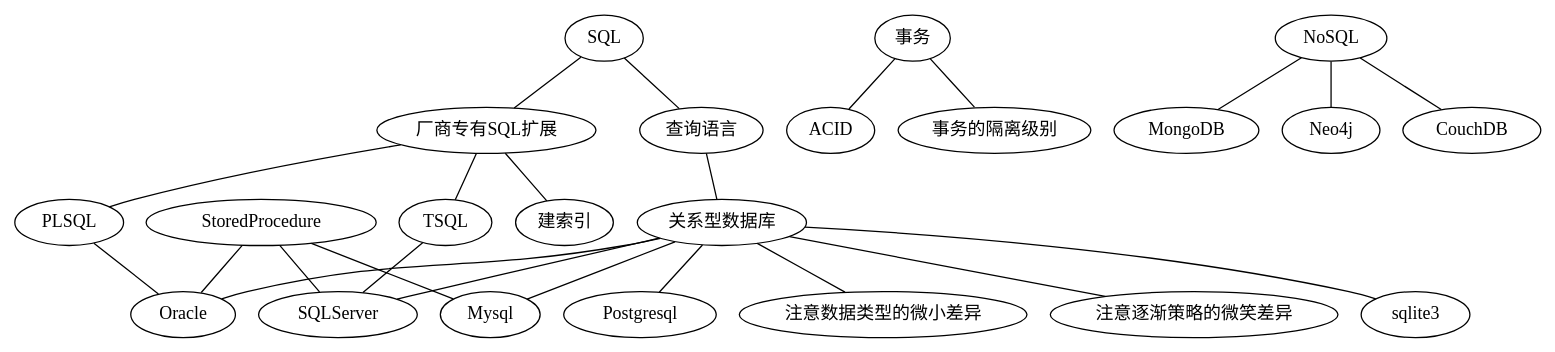
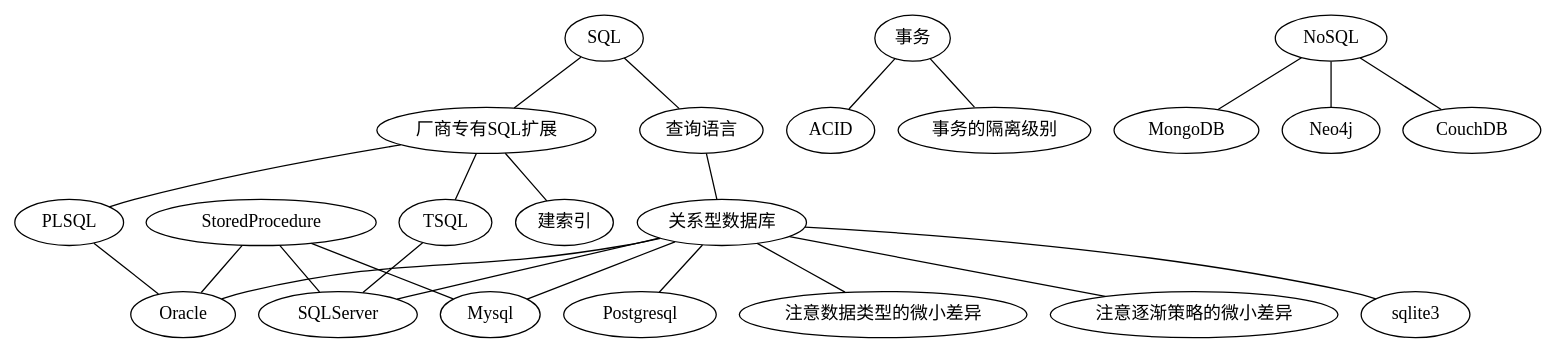
The diagram in database_k_map.dot (jtong/knowledge_map), drawn with Graphviz before and after one commit. The commit also changed 5 other files, not shown here.

```diff
--- a/database_k_map.dot
+++ b/database_k_map.dot
@@ -1,11 +1,11 @@
 graph database_k_map {
   关系型数据库 -- Mysql, Oracle, SQLServer, sqlite3, Postgresql;
   SQL -- 查询语言 -- 关系型数据库;
-  关系型数据库 -- 注意数据类型的微小差异,注意逐渐策略的微笑差异;
+  关系型数据库 -- 注意数据类型的微小差异,注意逐渐策略的微小差异;
   SQL -- 厂商专有SQL扩展 -- TSQL,PLSQL,建索引;
   TSQL -- SQLServer;
   PLSQL -- Oracle;
   事务 -- ACID, 事务的隔离级别; 
   StoredProcedure -- Oracle, SQLServer,Mysql;
   NoSQL -- MongoDB, Neo4j, CouchDB;
 }	
```
